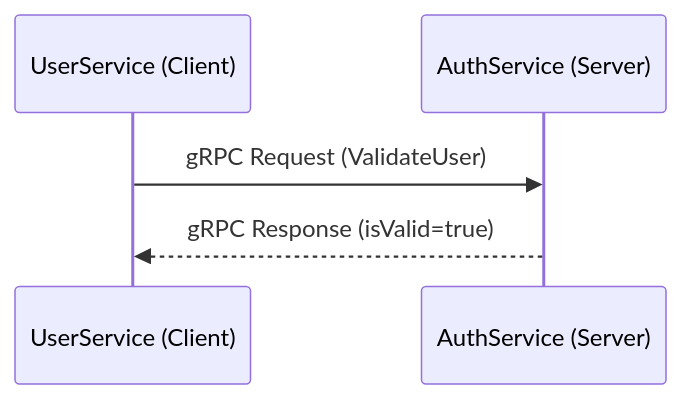
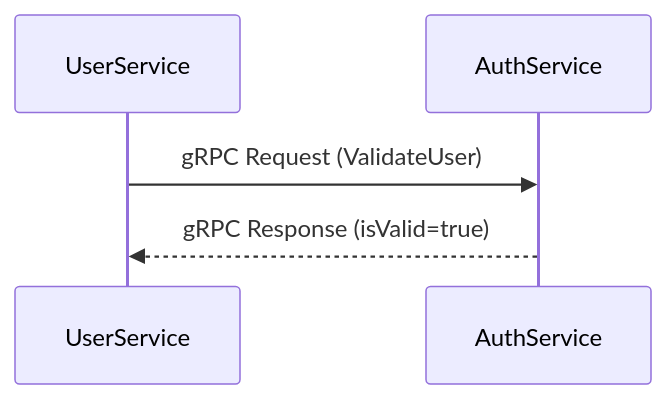
Before and after one commit to thanhmati/einvoice-backend: the third of 4 diagrams in lessons/18 gRPC.md, drawn with Mermaid. The commit also changed other lines of this file, not shown here.

Commit message:
Update 18 gRPC.md

````diff
--- a/lessons/18 gRPC.md
+++ b/lessons/18 gRPC.md
@@ -127,7 +128,7 @@
 ```mermaid
 sequenceDiagram
-  participant Client as UserService (Client)
-  participant Server as AuthService (Server)
-  Client->>Server: gRPC Request (ValidateUser)
-  Server-->>Client: gRPC Response (isValid=true)
+  participant UserService
+  participant AuthService
+  UserService->>AuthService: gRPC Request (ValidateUser)
+  AuthService-->>UserService: gRPC Response (isValid=true)
 ```
````
